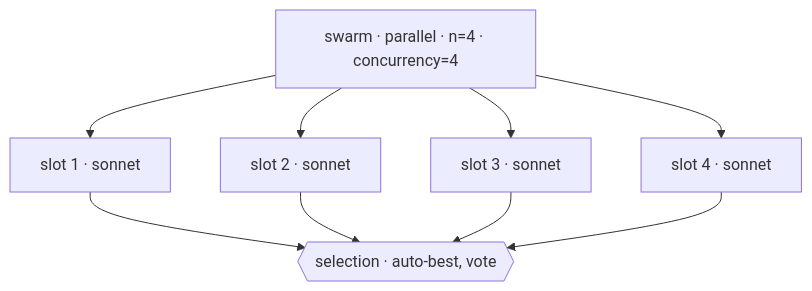
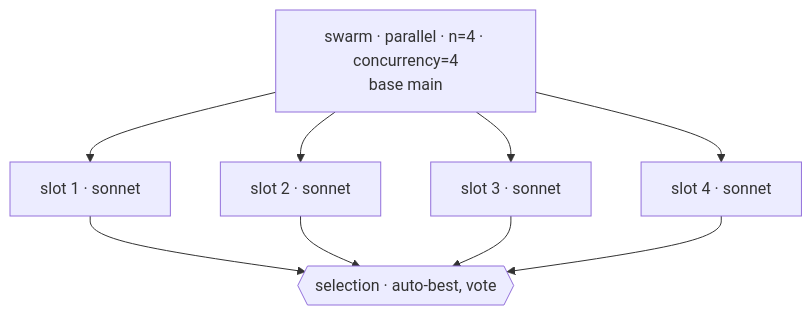
Before and after one commit to yliapis/dotfiles: the first of 4 diagrams in ai-coding/plugins/orchestration/skills/agent-swarm/SKILL.md, drawn with Mermaid. The commit also changed other lines of this file, not shown here.

First line of the commit message:
fix(agent-swarm): tighten the topology preview rules

````diff
--- a/ai-coding/plugins/orchestration/skills/agent-swarm/SKILL.md
+++ b/ai-coding/plugins/orchestration/skills/agent-swarm/SKILL.md
@@ -174,12 +176,12 @@
 ```mermaid
 flowchart TD
-  S["swarm · parallel · n=4 · concurrency=4"]
+  S["swarm · parallel · n=4 · concurrency=4<br/>base main"]
   S --> A1["slot 1 · sonnet"]
   S --> A2["slot 2 · sonnet"]
   S --> A3["slot 3 · sonnet"]
   S --> A4["slot 4 · sonnet"]
   A1 --> SEL{{"selection · auto-best, vote"}}
   A2 --> SEL
   A3 --> SEL
   A4 --> SEL
 ```
````
